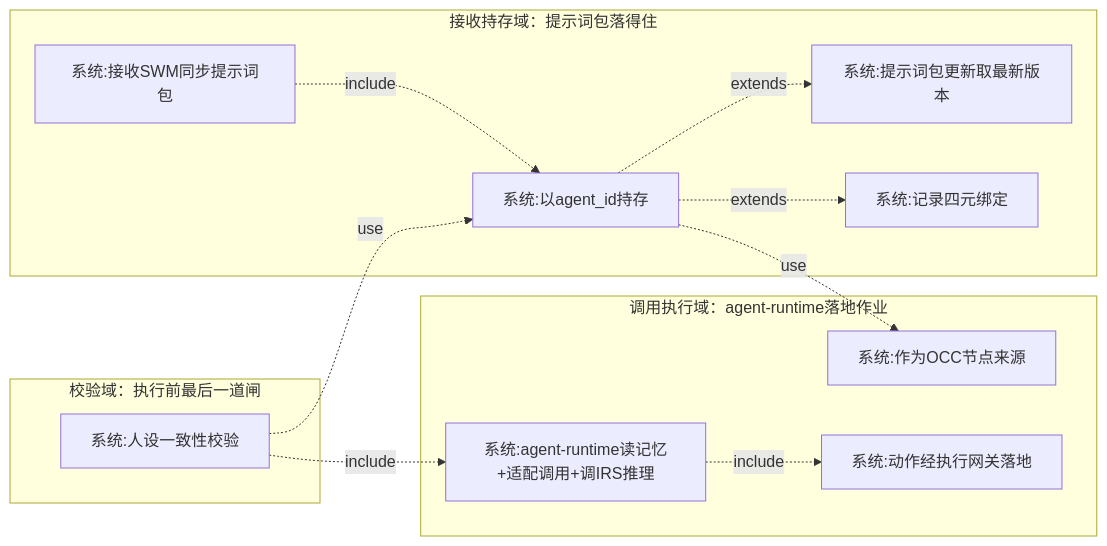
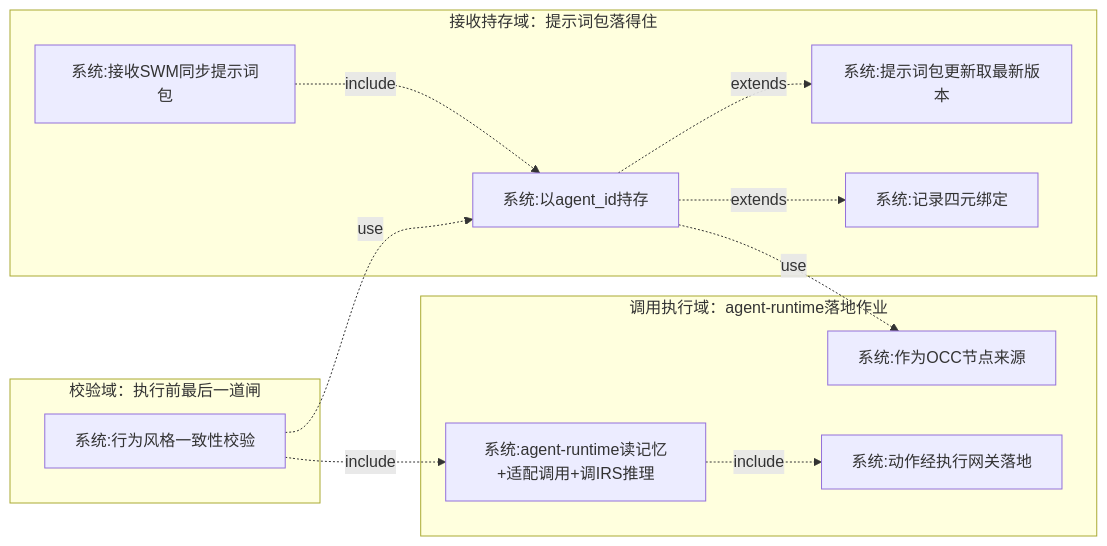
One commit to Sj-g/obsidian changed diagram 15 of 16 in 公司项目/认知作战/文档/SRS/软件需求规格说明-MC子系统.md. Above: the diagram before and after it, drawn with Mermaid. The commit also changed other lines of this file and 10 other files, not shown here.

````diff
--- a/公司项目/认知作战/文档/SRS/软件需求规格说明-MC子系统.md
+++ b/公司项目/认知作战/文档/SRS/软件需求规格说明-MC子系统.md
@@ -1175,24 +1183,24 @@
 ```mermaid
 flowchart LR
   subgraph 接收持存域["接收持存域：提示词包落得住"]
     UC1[系统:接收SWM同步提示词包]
     UC2[系统:以agent_id持存]
     UC3[系统:提示词包更新取最新版本]
     UC4[系统:记录四元绑定]
     UC1 -. include .-> UC2
     UC2 -. extends .-> UC3
     UC2 -. extends .-> UC4
   end
   subgraph 校验域["校验域：执行前最后一道闸"]
-    UC5[系统:人设一致性校验]
+    UC5[系统:行为风格一致性校验]
     UC5 -. use .-> UC2
   end
   subgraph 调用执行域["调用执行域：agent-runtime落地作业"]
     UC6[系统:agent-runtime读记忆+适配调用+调IRS推理]
     UC7[系统:动作经执行网关落地]
     UC8[系统:作为OCC节点来源]
     UC5 -. include .-> UC6
     UC6 -. include .-> UC7
     UC2 -. use .-> UC8
   end
 ```
````
